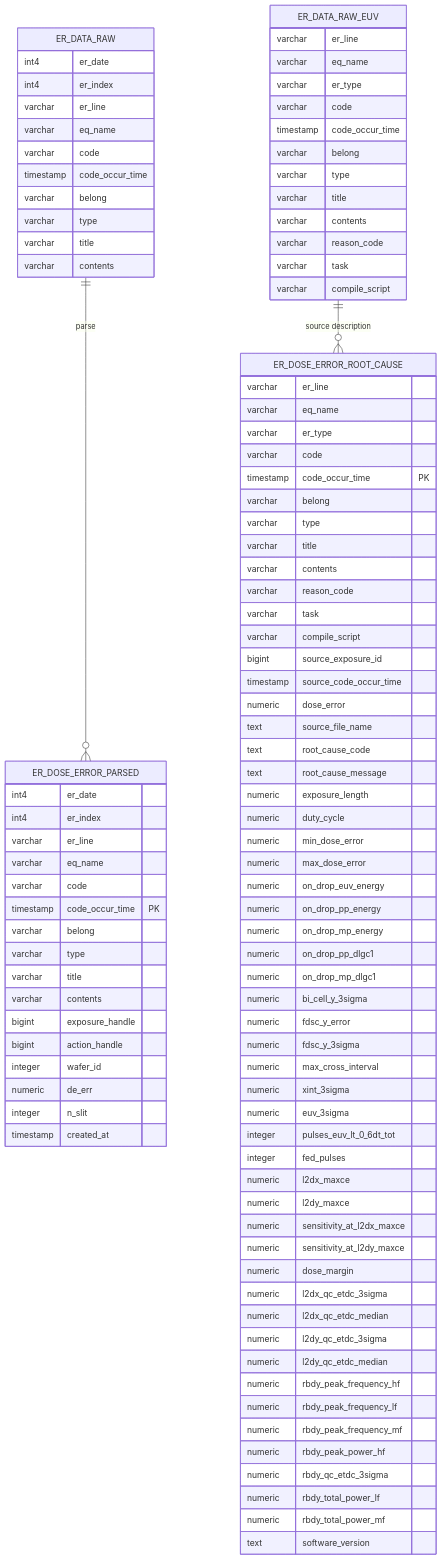
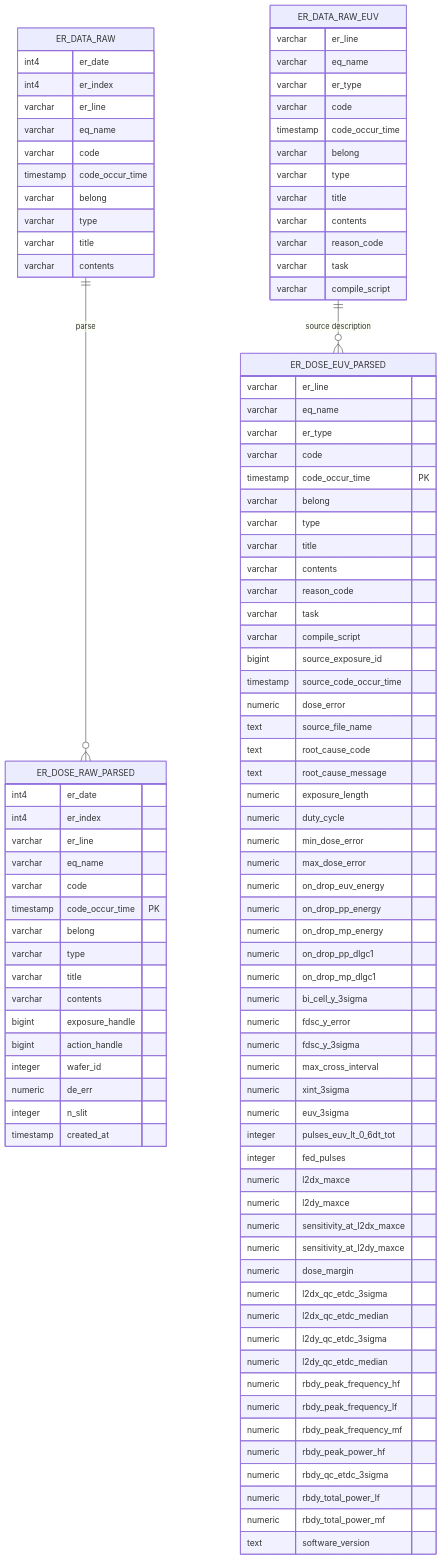
The diagram in ER_DOSE_ERROR.md (junho0831/PythonStudy), drawn with Mermaid before and after one commit. The commit also changed other lines of this file and 14 other files, not shown here.

````diff
--- a/ER_DOSE_ERROR.md
+++ b/ER_DOSE_ERROR.md
@@ -38,7 +38,7 @@
 ```mermaid
 erDiagram
-    ER_DATA_RAW ||--o{ ER_DOSE_ERROR_PARSED : "parse"
-    ER_DATA_RAW_EUV ||--o{ ER_DOSE_ERROR_ROOT_CAUSE : "source description"
+    ER_DATA_RAW ||--o{ ER_DOSE_RAW_PARSED : "parse"
+    ER_DATA_RAW_EUV ||--o{ ER_DOSE_EUV_PARSED : "source description"
 
     ER_DATA_RAW {
         int4 er_date
@@ -68,7 +68,7 @@
         varchar compile_script
     }
 
-    ER_DOSE_ERROR_PARSED {
+    ER_DOSE_RAW_PARSED {
         int4 er_date
         int4 er_index
         varchar er_line
@@ -87,7 +87,7 @@
         timestamp created_at
     }
 
-    ER_DOSE_ERROR_ROOT_CAUSE {
+    ER_DOSE_EUV_PARSED {
         varchar er_line
         varchar eq_name
         varchar er_type
````
